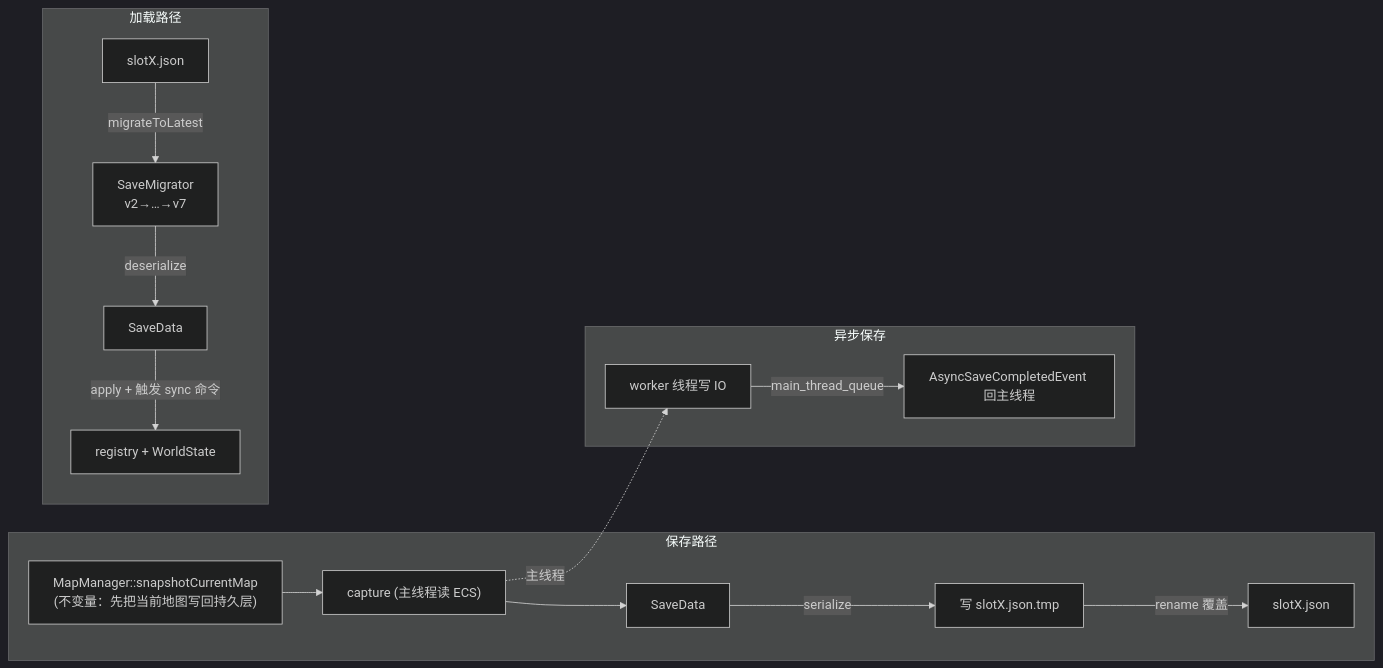
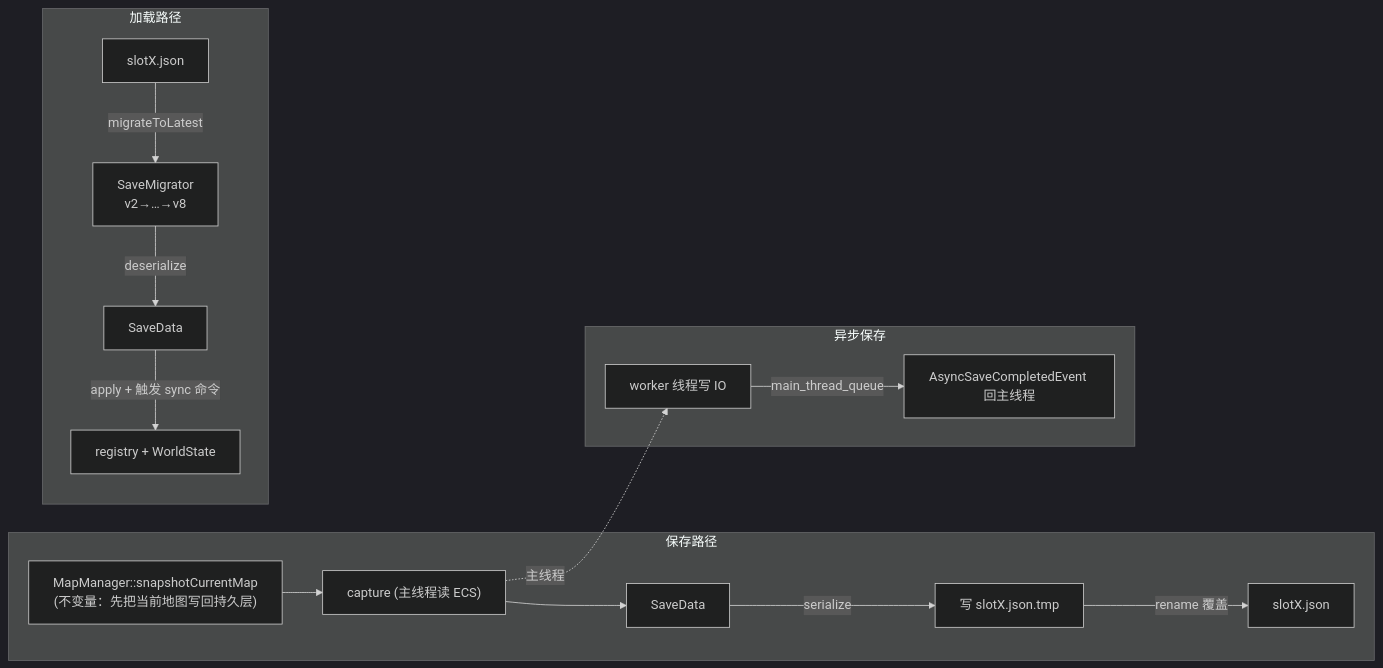
The diagram in lecture_plans/lectures/21-存档系统与Schema迁移.md (WispSnow/TinyFarmRPG), drawn with Mermaid (dark theme) before and after one commit. The commit also changed other lines of this file and 18 other files, not shown here.

````diff
--- a/lecture_plans/lectures/21-存档系统与Schema迁移.md
+++ b/lecture_plans/lectures/21-存档系统与Schema迁移.md
@@ -49,20 +49,20 @@
 ```mermaid
 flowchart LR
   subgraph SAVE["保存路径"]
     SNAP["MapManager::snapshotCurrentMap<br/>(不变量：先把当前地图写回持久层)"] --> CAP
     CAP["capture (主线程读 ECS)"] --> SD["SaveData"]
     SD -->|serialize| TMP["写 slotX.json.tmp"]
     TMP -->|rename 覆盖| JSON["slotX.json"]
   end
 
   subgraph LOAD["加载路径"]
-    JSON2["slotX.json"] -->|migrateToLatest| MIG["SaveMigrator<br/>v2→…→v7"]
+    JSON2["slotX.json"] -->|migrateToLatest| MIG["SaveMigrator<br/>v2→…→v8"]
     MIG -->|deserialize| SD2["SaveData"]
     SD2 -->|apply + 触发 sync 命令| WORLD["registry + WorldState"]
   end
 
   subgraph ASYNC["异步保存"]
     CAP -. 主线程 .-> WRITE["worker 线程写 IO"]
     WRITE -->|main_thread_queue| DONE["AsyncSaveCompletedEvent 回主线程"]
   end
 ```
````
